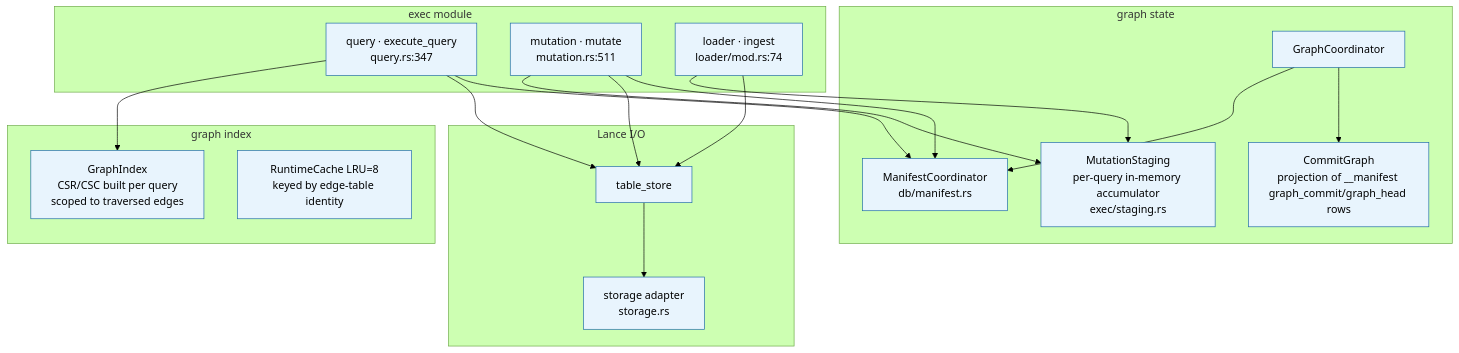
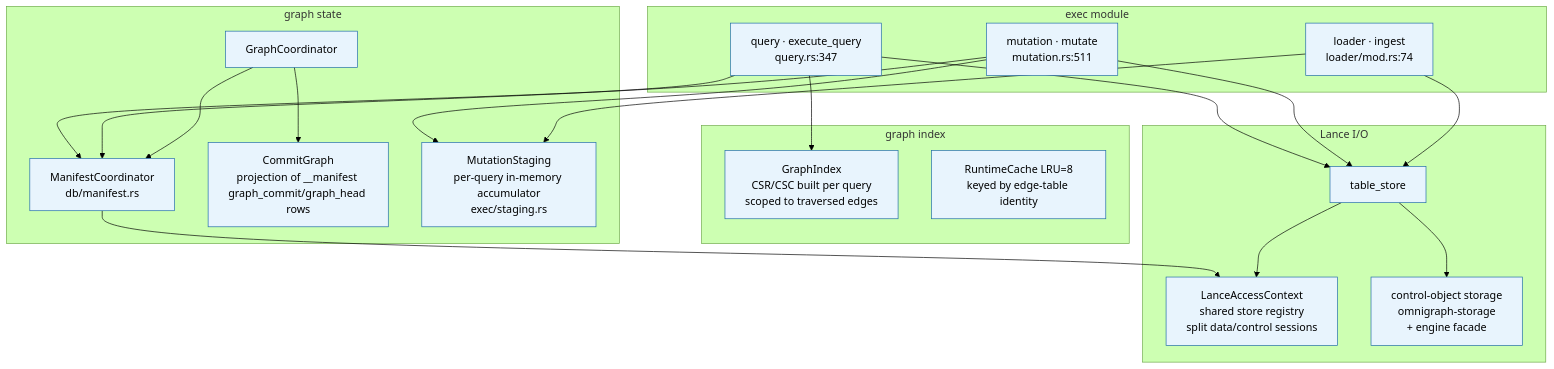
Before and after one commit to mrkorchun/omnigraph: the fourth of 7 diagrams in docs/dev/architecture.md, drawn with Mermaid (forest theme). The commit also changed other lines of this file and 281 other files, not shown here.

````diff
--- a/docs/dev/architecture.md
+++ b/docs/dev/architecture.md
@@ -123,39 +126,42 @@
 ```mermaid
 flowchart TB
     classDef l2 fill:#e8f4fd,stroke:#1e6aa8,color:#000
 
     subgraph exec[exec module]
         eq[query · execute_query<br/>query.rs:347]:::l2
         em[mutation · mutate<br/>mutation.rs:511]:::l2
         ld[loader · ingest<br/>loader/mod.rs:74]:::l2
     end
 
     subgraph state[graph state]
         coord[GraphCoordinator]:::l2
         mr[ManifestCoordinator<br/>db/manifest.rs]:::l2
         cg[CommitGraph<br/>projection of __manifest graph_commit/graph_head rows]:::l2
         stg[MutationStaging<br/>per-query in-memory accumulator<br/>exec/staging.rs]:::l2
     end
 
     subgraph idx[graph index]
         gi[GraphIndex<br/>CSR/CSC built per query<br/>scoped to traversed edges]:::l2
         rc[RuntimeCache LRU=8<br/>keyed by edge-table identity]:::l2
     end
 
     subgraph io[Lance I/O]
+        la[LanceAccessContext<br/>shared store registry<br/>split data/control sessions]:::l2
         ts[table_store]:::l2
-        st[storage adapter<br/>storage.rs]:::l2
+        st[control-object storage<br/>omnigraph-storage<br/>+ engine facade]:::l2
     end
 
     eq --> gi
     eq --> ts
     em --> stg
     em --> ts
     ld --> stg
     ld --> ts
     eq --> mr
     em --> mr
     coord --> mr
     coord --> cg
+    mr --> la
+    ts --> la
     ts --> st
 ```
````
